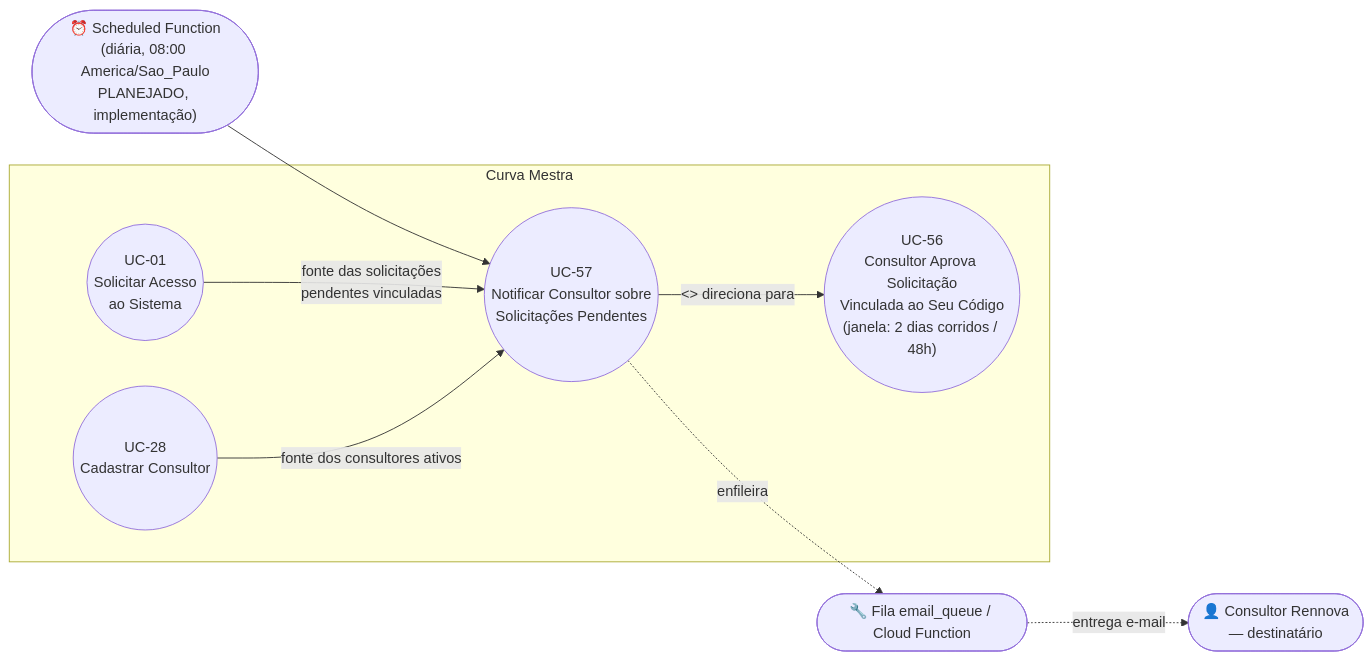
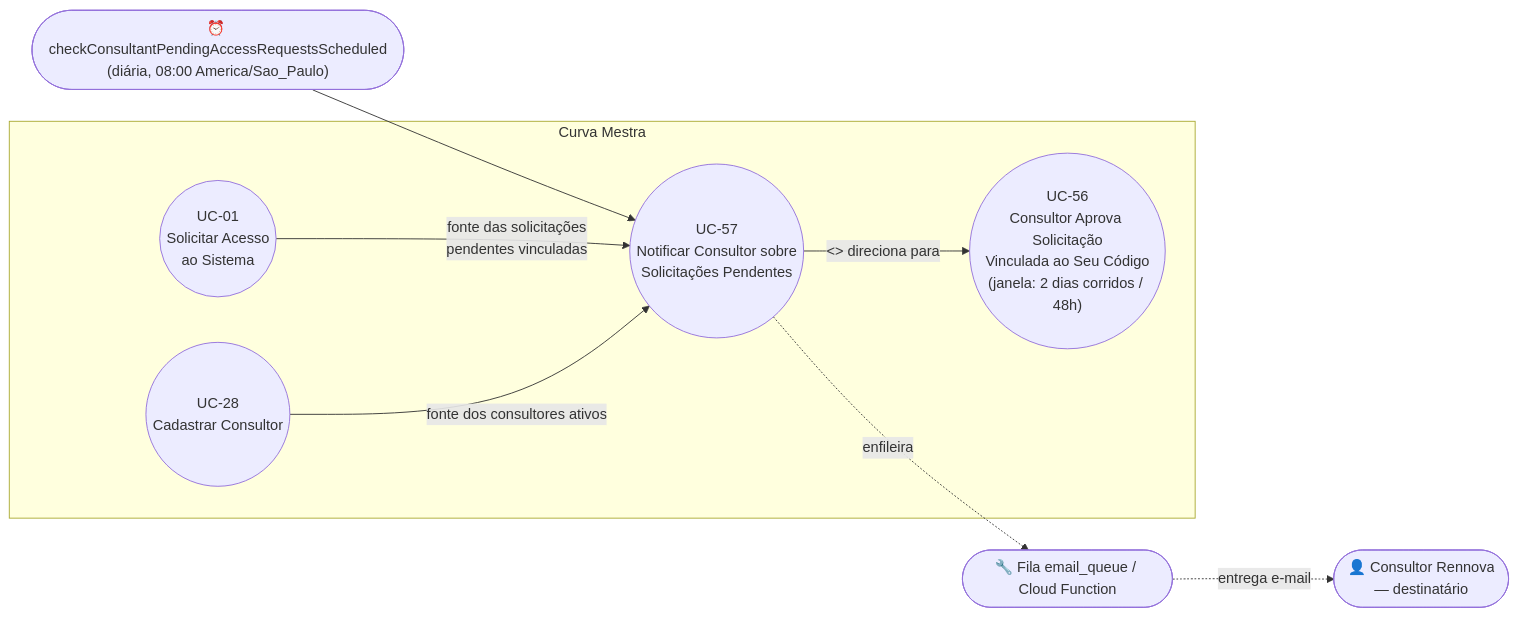
Before and after one commit to GScandelari/curva_mestra_system: the diagram in ONLY_FOR_DEVS/PO_BA_Docs/UC-57-notificar-consultor-sobre-solicitacoes-pendentes.md, drawn with Mermaid. The commit also changed other lines of this file and 6 other files, not shown here.

First line of the commit message:
docs(uc): close consultant approval flow after release 1.13.0 (v3.50)

````diff
--- a/ONLY_FOR_DEVS/PO_BA_Docs/UC-57-notificar-consultor-sobre-solicitacoes-pendentes.md
+++ b/ONLY_FOR_DEVS/PO_BA_Docs/UC-57-notificar-consultor-sobre-solicitacoes-pendentes.md
@@ -16,20 +16,20 @@
 ```mermaid
 flowchart LR
-    Cron(["⏰ Scheduled Function\n(diária, 08:00 America/Sao_Paulo\nPLANEJADO, implementação)"])
+    Cron(["⏰ checkConsultantPendingAccessRequestsScheduled\n(diária, 08:00 America/Sao_Paulo)"])
     Consultor([👤 Consultor Rennova\n— destinatário])
     EmailQueue([🔧 Fila email_queue / Cloud Function])
 
     subgraph Sistema["Curva Mestra"]
         UC01(("UC-01\nSolicitar Acesso\nao Sistema"))
         UC28(("UC-28\nCadastrar Consultor"))
         UC56(("UC-56\nConsultor Aprova Solicitação\nVinculada ao Seu Código\n(janela: 2 dias corridos / 48h)"))
         UC57(("UC-57\nNotificar Consultor sobre\nSolicitações Pendentes"))
     end
 
     Cron --> UC57
     UC01 -->|fonte das solicitações\npendentes vinculadas| UC57
     UC28 -->|fonte dos consultores ativos| UC57
     UC57 -.->|enfileira| EmailQueue
     EmailQueue -.->|entrega e-mail| Consultor
     UC57 -->|"<<extend>> direciona para"| UC56
 ```
````
